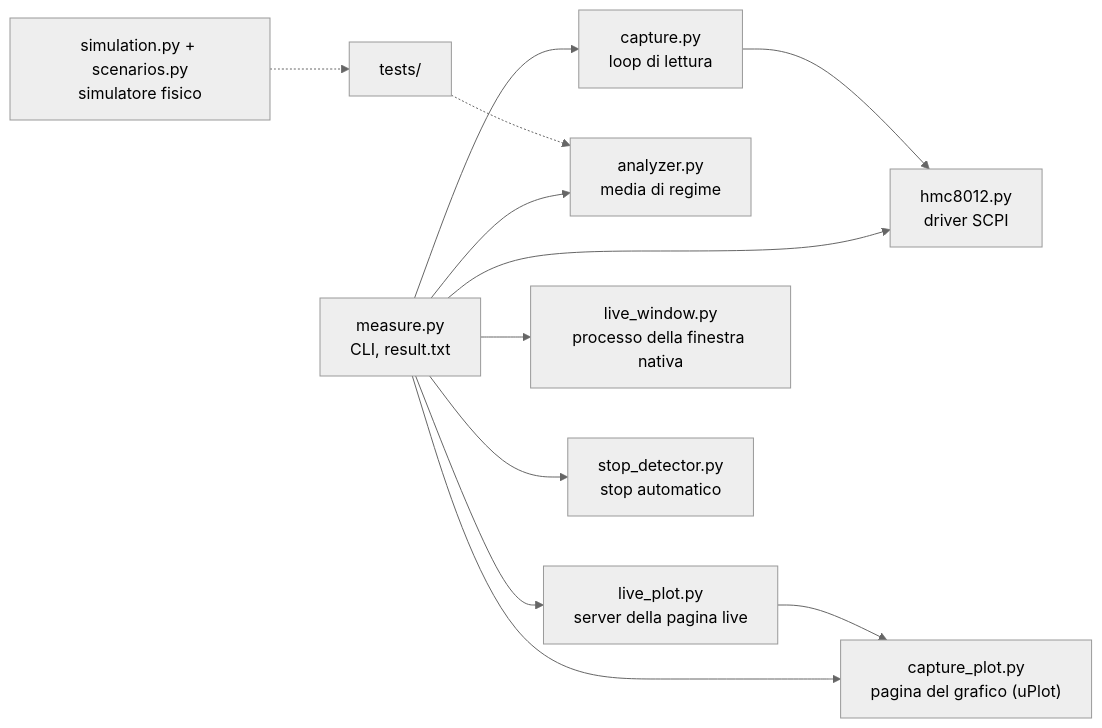
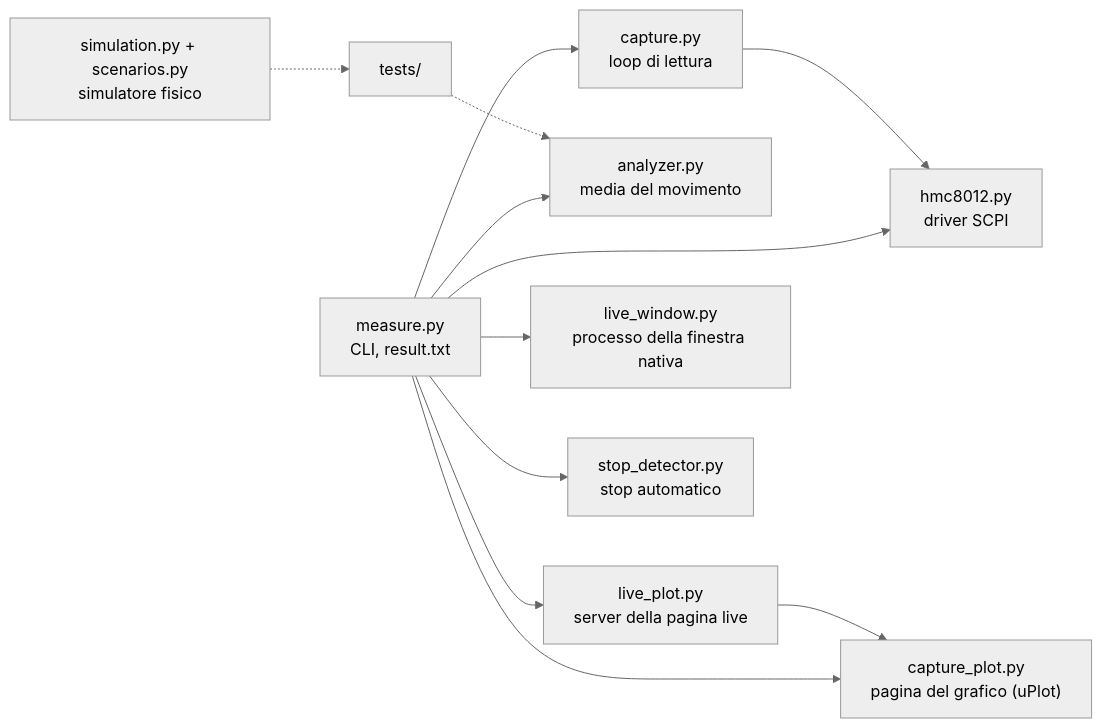
Before and after one commit to YarinCardillo/hmc8012-measure: the diagram in README_ita.md, drawn with Mermaid (neutral theme). The commit also changed other lines of this file and 21 other files, not shown here.

````diff
--- a/README_ita.md
+++ b/README_ita.md
@@ -175,14 +178,14 @@
 ```mermaid
 flowchart LR
     CLI["measure.py<br/>CLI, result.txt"] --> DRV["hmc8012.py<br/>driver SCPI"]
     CLI --> CAP["capture.py<br/>loop di lettura"]
     CAP --> DRV
-    CLI --> ANA["analyzer.py<br/>media di regime"]
+    CLI --> ANA["analyzer.py<br/>media del movimento"]
     CLI --> PLOT["capture_plot.py<br/>pagina del grafico (uPlot)"]
     CLI --> LIVE["live_plot.py<br/>server della pagina live"]
     LIVE --> PLOT
     CLI --> WIN["live_window.py<br/>processo della finestra nativa"]
     CLI --> STOP["stop_detector.py<br/>stop automatico"]
     SIM["simulation.py + scenarios.py<br/>simulatore fisico"] -.-> TESTS["tests/"]
     TESTS -.-> ANA
 ```
````
